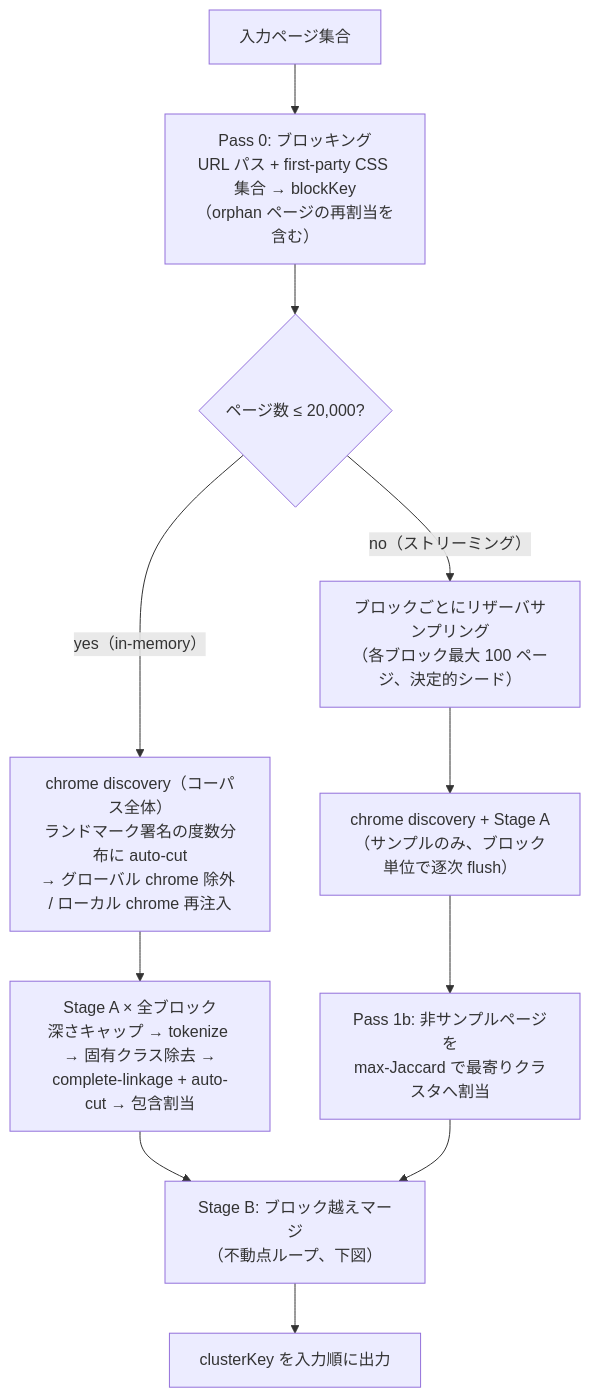
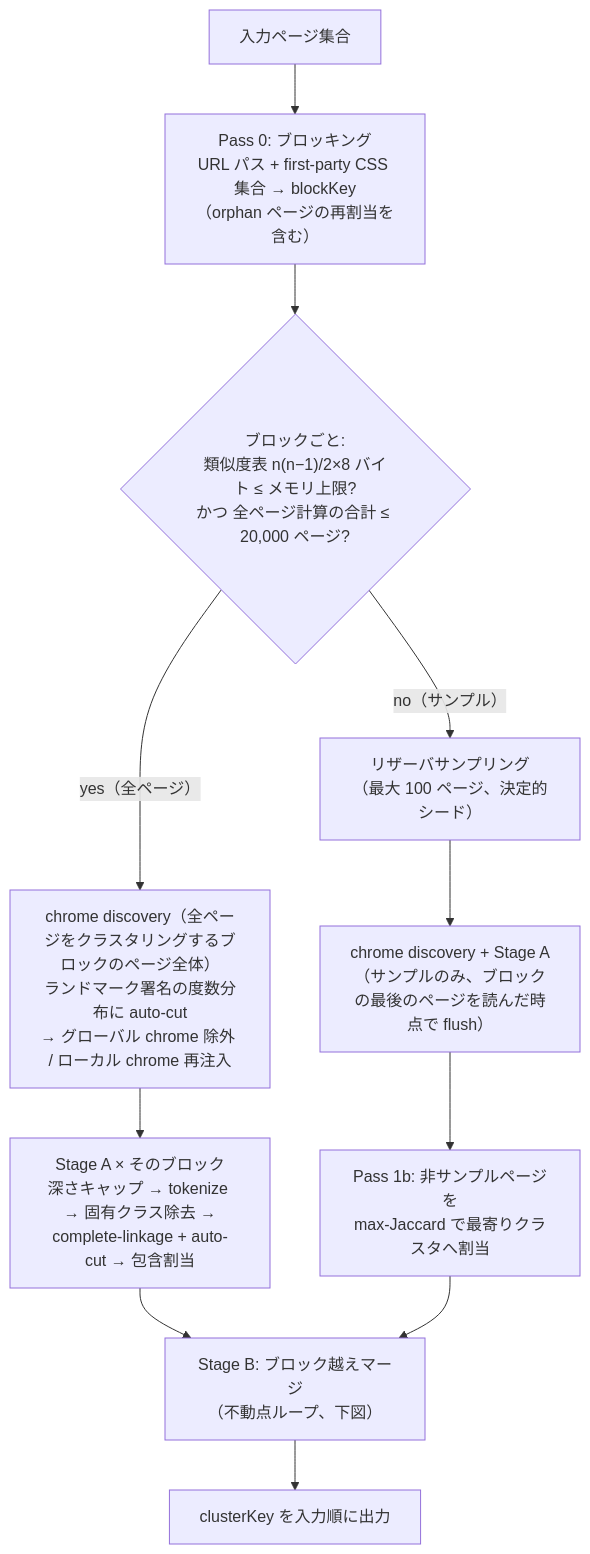
The first of 2 diagrams in packages/@nitpicker/archive/README.md (d-zero-dev/nitpicker), drawn with Mermaid before and after one commit. The commit also changed other lines of this file and 18 other files, not shown here.

````diff
--- a/packages/@nitpicker/archive/README.md
+++ b/packages/@nitpicker/archive/README.md
@@ -36,16 +36,16 @@
 ```mermaid
 flowchart TD
     IN[入力ページ集合] --> P0["Pass 0: ブロッキング<br>URL パス + first-party CSS 集合 → blockKey<br>（orphan ページの再割当を含む）"]
-    P0 --> GATE{"ページ数 ≤ 20,000?"}
+    P0 --> GATE{"ブロックごと:<br>類似度表 n(n−1)/2×8 バイト ≤ メモリ上限?<br>かつ 全ページ計算の合計 ≤ 20,000 ページ?"}
 
-    GATE -- "yes（in-memory）" --> CHROME_ALL["chrome discovery（コーパス全体）<br>ランドマーク署名の度数分布に auto-cut<br>→ グローバル chrome 除外 / ローカル chrome 再注入"]
-    CHROME_ALL --> SA_ALL["Stage A × 全ブロック<br>深さキャップ → tokenize → 固有クラス除去 →<br>complete-linkage + auto-cut → 包含割当"]
+    GATE -- "yes（全ページ）" --> CHROME_ALL["chrome discovery（全ページをクラスタリングするブロックのページ全体）<br>ランドマーク署名の度数分布に auto-cut<br>→ グローバル chrome 除外 / ローカル chrome 再注入"]
+    CHROME_ALL --> SA_ALL["Stage A × そのブロック<br>深さキャップ → tokenize → 固有クラス除去 →<br>complete-linkage + auto-cut → 包含割当"]
 
-    GATE -- "no（ストリーミング）" --> RES["ブロックごとにリザーバサンプリング<br>（各ブロック最大 100 ページ、決定的シード）"]
-    RES --> SA_SAMPLE["chrome discovery + Stage A<br>（サンプルのみ、ブロック単位で逐次 flush）"]
+    GATE -- "no（サンプル）" --> RES["リザーバサンプリング<br>（最大 100 ページ、決定的シード）"]
+    RES --> SA_SAMPLE["chrome discovery + Stage A<br>（サンプルのみ、ブロックの最後のページを読んだ時点で flush）"]
     SA_SAMPLE --> P1B["Pass 1b: 非サンプルページを<br>max-Jaccard で最寄りクラスタへ割当"]
 
     SA_ALL --> SB["Stage B: ブロック越えマージ<br>（不動点ループ、下図）"]
     P1B --> SB
     SB --> OUT["clusterKey を入力順に出力"]
 ```
````
